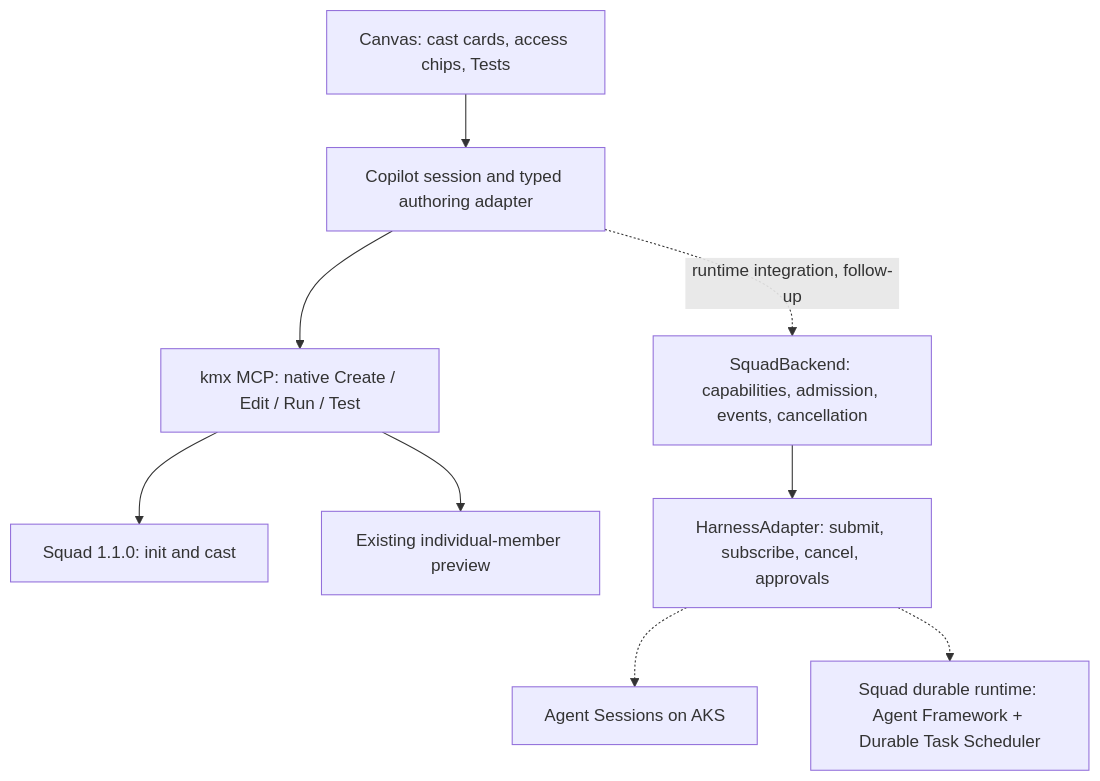
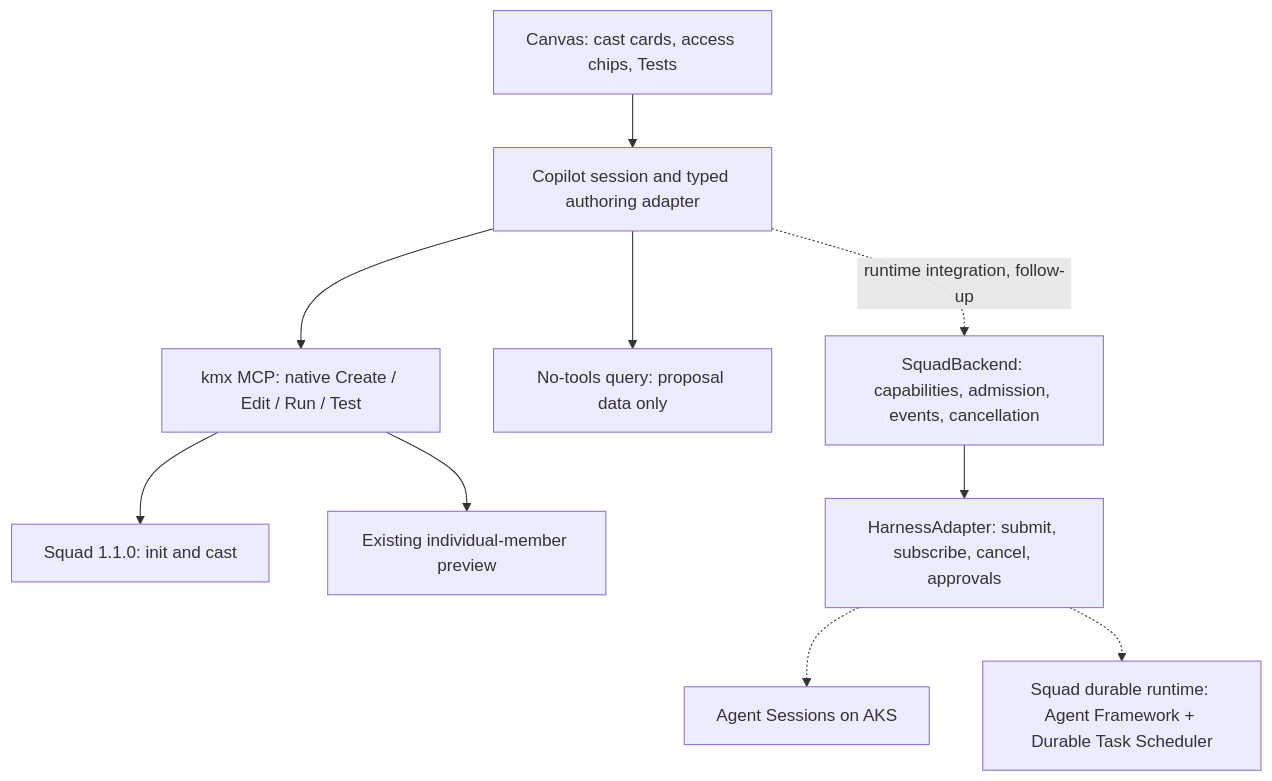
The diagram in plugins/copilot/SQUAD-CANVAS.md (kaimahi-agents/kaimahi), drawn with Mermaid before and after one commit. The commit also changed other lines of this file and 35 other files, not shown here.

````diff
--- a/plugins/copilot/SQUAD-CANVAS.md
+++ b/plugins/copilot/SQUAD-CANVAS.md
@@ -14,11 +42,12 @@
 ```mermaid
 flowchart TB
   UI["Canvas: cast cards, access chips, Tests"] --> Host["Copilot session and typed authoring adapter"]
   Host --> KMX["kmx MCP: native Create / Edit / Run / Test"]
+  Host --> Draft["No-tools query: proposal data only"]
   KMX --> Native["Squad 1.1.0: init and cast"]
   KMX --> Preview["Existing individual-member preview"]
   Host -. "runtime integration, follow-up" .-> Backend["SquadBackend: capabilities, admission, events, cancellation"]
   Backend --> Harness["HarnessAdapter: submit, subscribe, cancel, approvals"]
   Harness -.-> Sessions["Agent Sessions on AKS"]
   Harness -.-> Durable["Squad durable runtime: Agent Framework + Durable Task Scheduler"]
 ```
````
